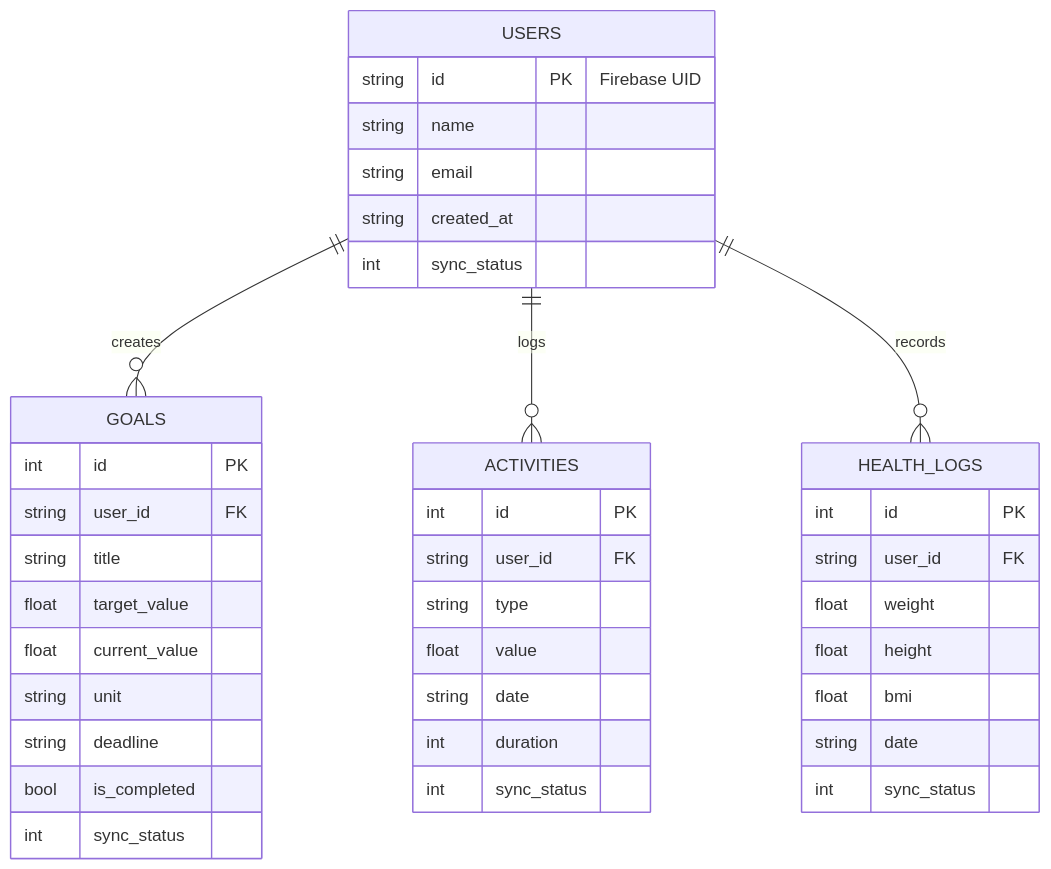
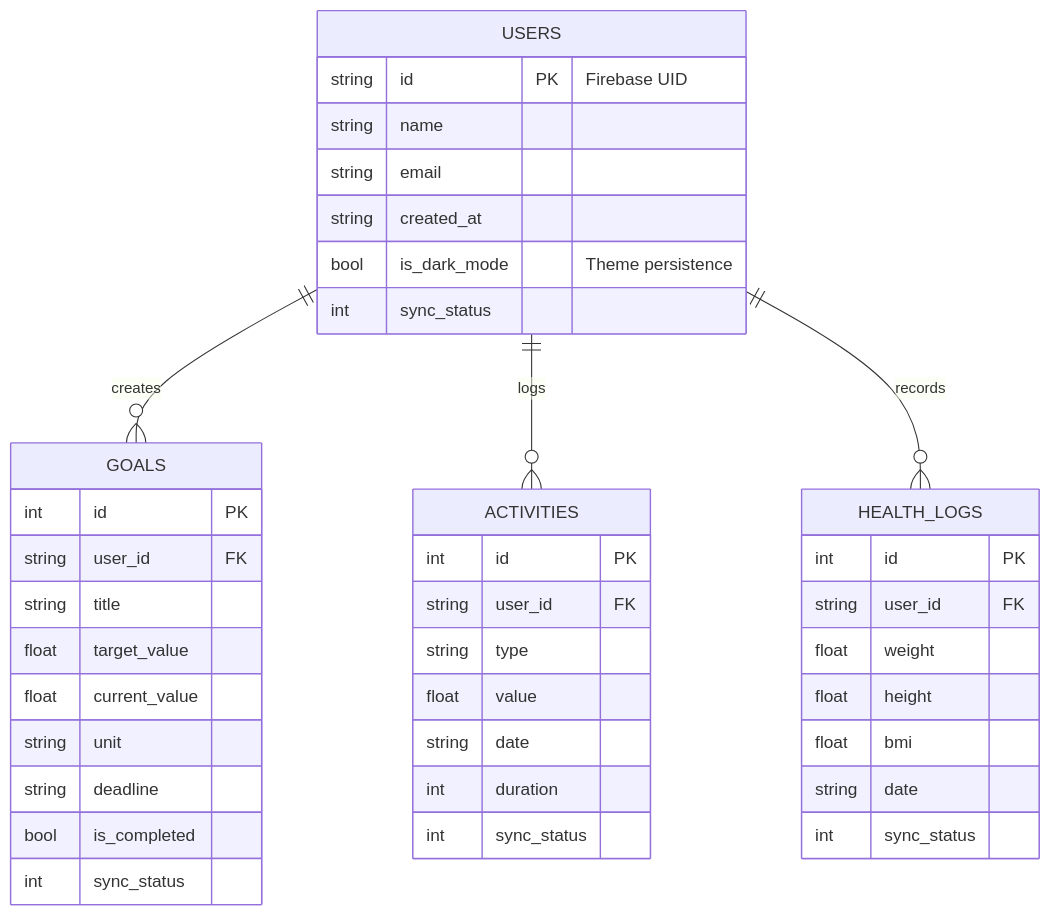
The third of 3 diagrams in system-architecture.md (DuvinduDinethminDevendra/health_monitor-application), drawn with Mermaid before and after one commit. The commit also changed other lines of this file and 20 other files, not shown here.

````diff
--- a/system-architecture.md
+++ b/system-architecture.md
@@ -73,43 +73,44 @@
 ```mermaid
 erDiagram
     USERS {
         string id PK "Firebase UID"
         string name
         string email
         string created_at
+        bool is_dark_mode "Theme persistence"
         int sync_status
     }
     GOALS {
         int id PK
         string user_id FK
         string title
         float target_value
         float current_value
         string unit
         string deadline
         bool is_completed
         int sync_status
     }
     ACTIVITIES {
         int id PK
         string user_id FK
         string type
         float value
         string date
         int duration
         int sync_status
     }
     HEALTH_LOGS {
         int id PK
         string user_id FK
         float weight
         float height
         float bmi
         string date
         int sync_status
     }
 
     USERS ||--o{ GOALS : creates
     USERS ||--o{ ACTIVITIES : logs
     USERS ||--o{ HEALTH_LOGS : records
 ```
````
